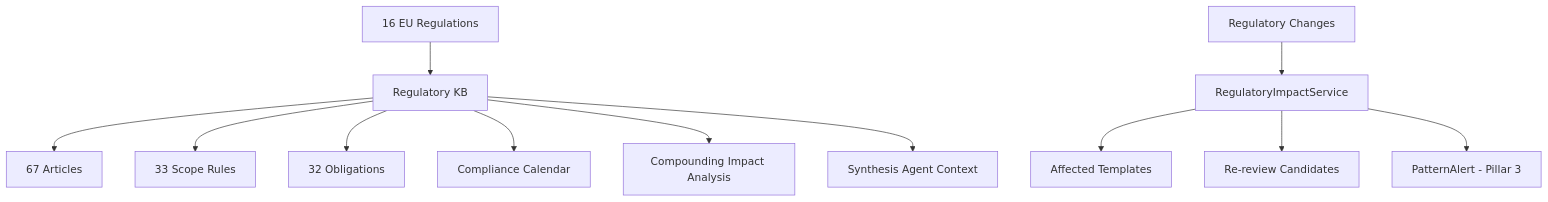
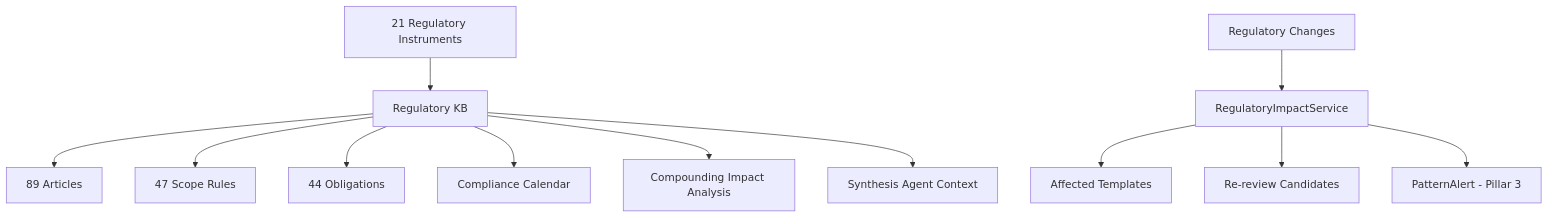
One commit to Tsunami-max/trust-relay-docs changed the diagram in docs/architecture/regulatory-radar.md. Above: the diagram before and after it, drawn with Mermaid. The commit also changed other lines of this file and 177 other files, not shown here.

````diff
--- a/docs/architecture/regulatory-radar.md
+++ b/docs/architecture/regulatory-radar.md
@@ -24,14 +22,14 @@
 ```mermaid
 graph TD
-    A[16 EU Regulations] --> B[Regulatory KB]
-    B --> C[67 Articles]
-    B --> D[33 Scope Rules]
-    B --> E[32 Obligations]
+    A[21 Regulatory Instruments] --> B[Regulatory KB]
+    B --> C[89 Articles]
+    B --> D[47 Scope Rules]
+    B --> E[44 Obligations]
     F[Regulatory Changes] --> G[RegulatoryImpactService]
     G --> H[Affected Templates]
     G --> I[Re-review Candidates]
     G --> J[PatternAlert - Pillar 3]
     B --> K[Compliance Calendar]
     B --> L[Compounding Impact Analysis]
     B --> M[Synthesis Agent Context]
 ```
````
